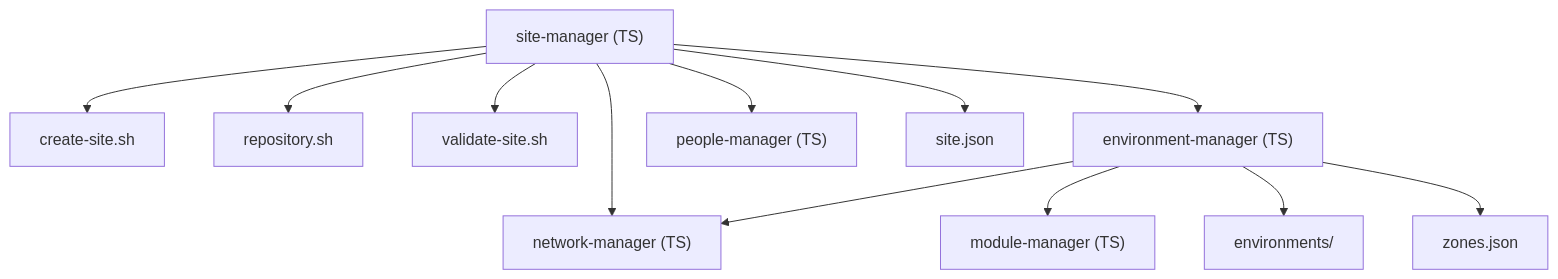
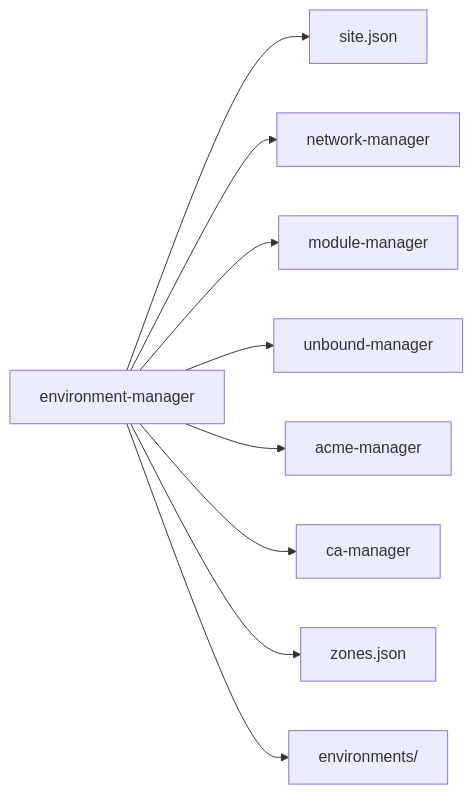
One commit to TAPPaaS/TAPPaaS changed the fourth of 18 diagrams in src/foundation/DEPENDENCIES.md. Above: the diagram before and after it, drawn with Mermaid. The commit also changed other lines of this file and 4 other files, not shown here.

````diff
--- a/src/foundation/DEPENDENCIES.md
+++ b/src/foundation/DEPENDENCIES.md
@@ -296,14 +216,12 @@
 ```mermaid
-graph TD
-    SM["site-manager (TS)"] --> CST["create-site.sh"]
-    SM --> REP["repository.sh"]
-    SM --> VST["validate-site.sh"]
-    SM --> EM["environment-manager (TS)"]
-    SM --> NM["network-manager (TS)"]
-    SM --> PM["people-manager (TS)"]
-    SM --> SJ["site.json"]
-    EM --> NM
-    EM --> MM["module-manager (TS)"]
-    EM --> ENV["environments/"]
-    EM --> ZJ["zones.json"]
+graph LR
+    n0["environment-manager"]
+    n0 --> n1["site.json"]
+    n0 --> n2["network-manager"]
+    n0 --> n3["module-manager"]
+    n0 --> n4["unbound-manager"]
+    n0 --> n5["acme-manager"]
+    n0 --> n6["ca-manager"]
+    n0 --> n7["zones.json"]
+    n0 --> n8["environments/"]
 ```
````
